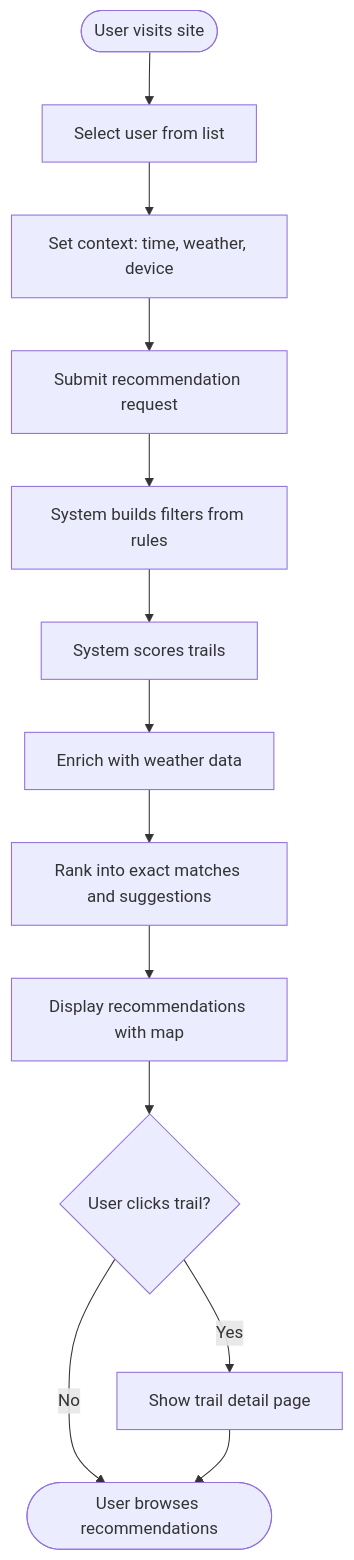
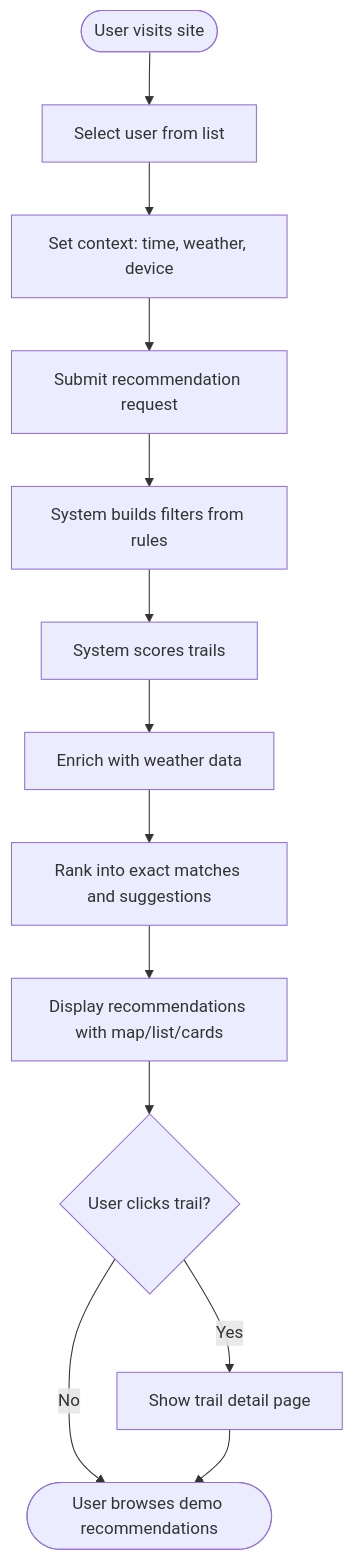
The sixth of 10 diagrams in docs/functional.md (MatteoBdl31/Adaptative_System_MatteoFile), drawn with Mermaid before and after one commit. The commit also changed other lines of this file and 19 other files, not shown here.

First line of the commit message:
Refactor recommendations and trail detail features for improved user experience

````diff
--- a/docs/functional.md
+++ b/docs/functional.md
@@ -434,15 +530,15 @@
 ```mermaid
 flowchart TD
     Start([User visits site]) --> SelectUser[Select user from list]
     SelectUser --> SetContext[Set context: time, weather, device]
     SetContext --> Submit[Submit recommendation request]
     Submit --> BuildFilters[System builds filters from rules]
     BuildFilters --> ScoreTrails[System scores trails]
     ScoreTrails --> EnrichWeather[Enrich with weather data]
     EnrichWeather --> Rank[Rank into exact matches and suggestions]
-    Rank --> Display[Display recommendations with map]
+    Rank --> Display[Display recommendations with map/list/cards]
     Display --> ViewDetail{User clicks trail?}
     ViewDetail -->|Yes| TrailDetail[Show trail detail page]
-    ViewDetail -->|No| End([User browses recommendations])
+    ViewDetail -->|No| End([User browses demo recommendations])
     TrailDetail --> End
 ```
````
